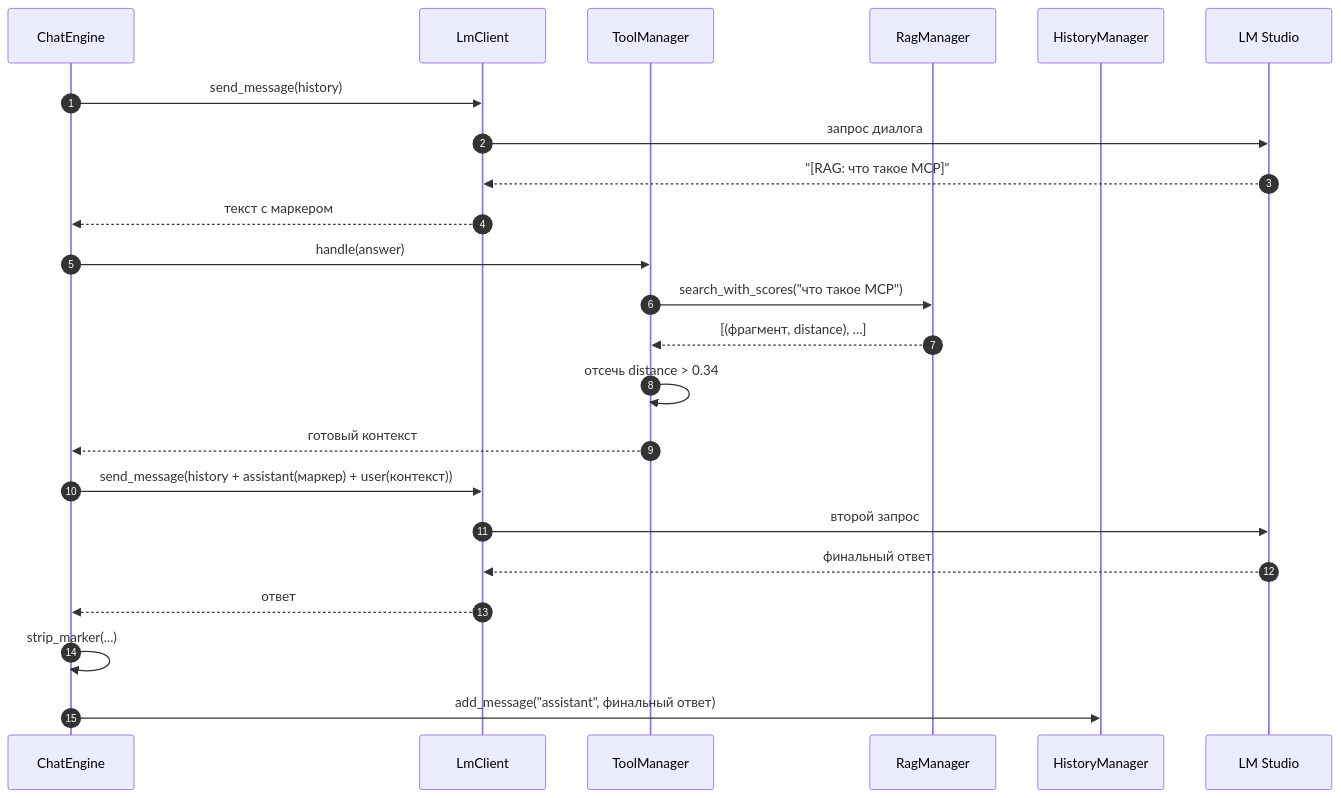
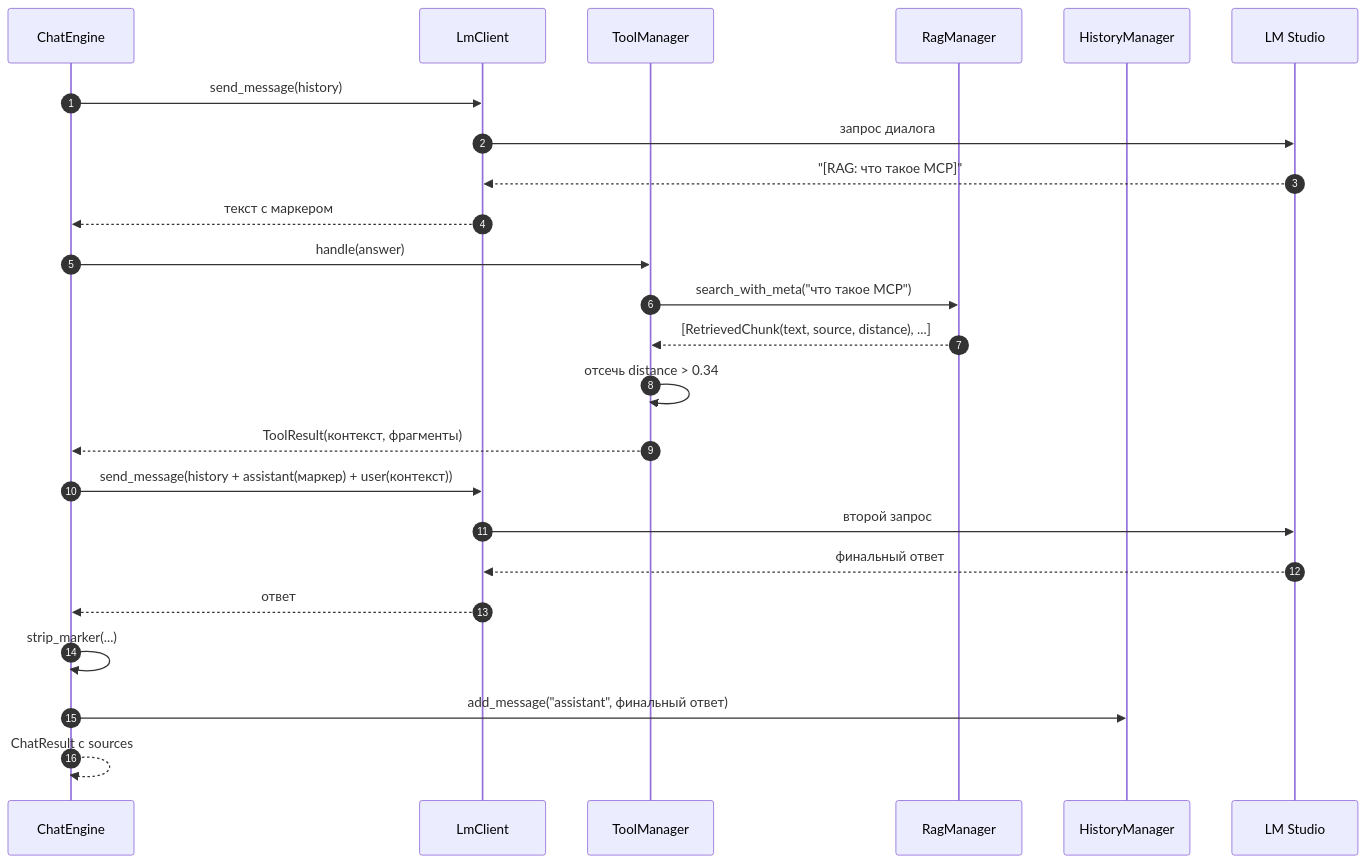
The third of 7 diagrams in GUIDE.md (DemiDaoshi/Sivi-Pet), drawn with Mermaid before and after one commit. The commit also changed other lines of this file and 25 other files, not shown here.

````diff
--- a/GUIDE.md
+++ b/GUIDE.md
@@ -1551,26 +2019,27 @@
 ```mermaid
 sequenceDiagram
     autonumber
     participant E as ChatEngine
     participant C as LmClient
     participant T as ToolManager
     participant R as RagManager
     participant H as HistoryManager
     participant L as LM Studio
 
     E->>C: send_message(history)
     C->>L: запрос диалога
     L-->>C: "[RAG: что такое MCP]"
     C-->>E: текст с маркером
     E->>T: handle(answer)
-    T->>R: search_with_scores("что такое MCP")
-    R-->>T: [(фрагмент, distance), ...]
+    T->>R: search_with_meta("что такое MCP")
+    R-->>T: [RetrievedChunk(text, source, distance), ...]
     T->>T: отсечь distance > 0.34
-    T-->>E: готовый контекст
+    T-->>E: ToolResult(контекст, фрагменты)
     E->>C: send_message(history + assistant(маркер) + user(контекст))
     C->>L: второй запрос
     L-->>C: финальный ответ
     C-->>E: ответ
     E->>E: strip_marker(...)
     E->>H: add_message("assistant", финальный ответ)
+    E-->>E: ChatResult с sources
 ```
````
